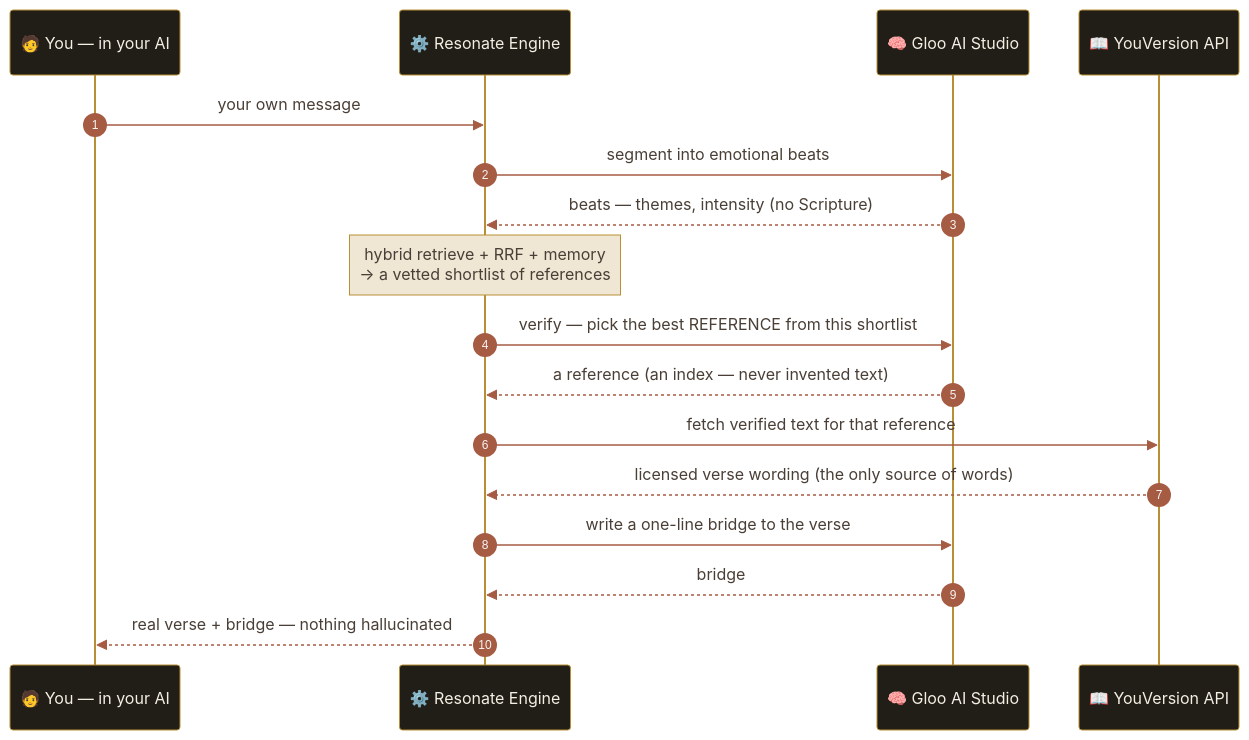
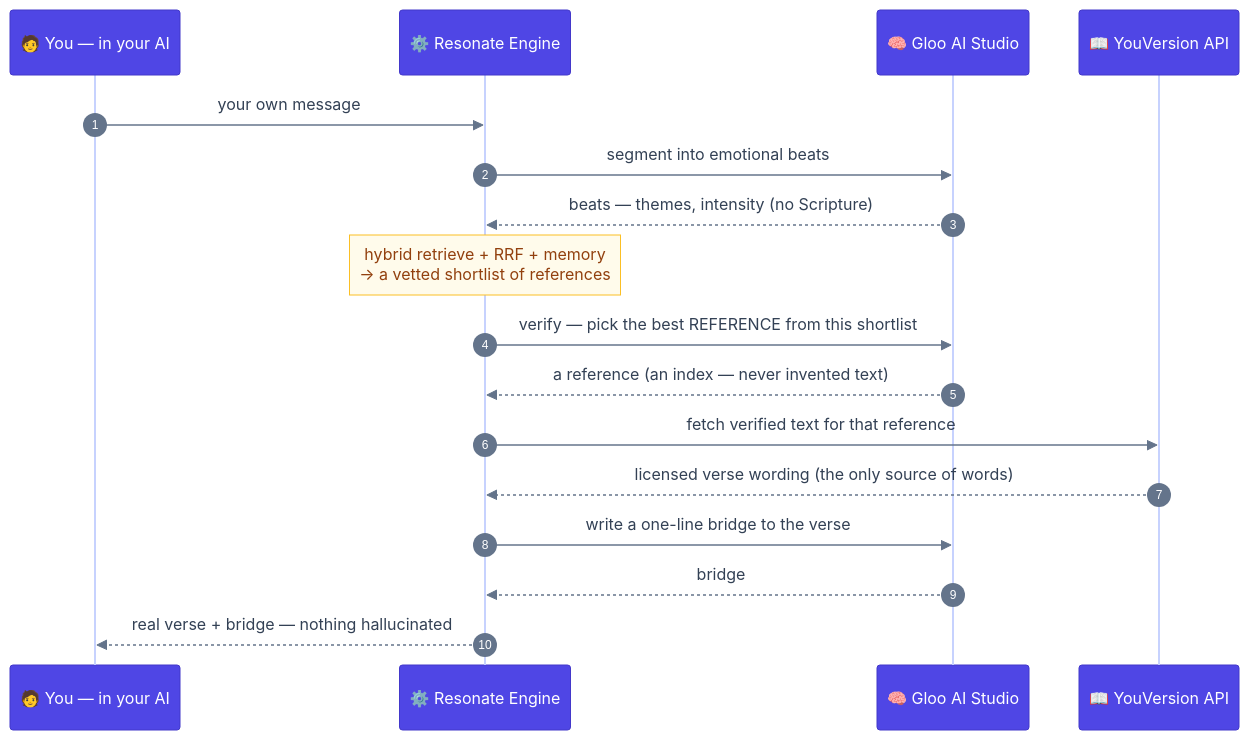
One commit to krizz711/resonate changed the second of 3 diagrams in README.md. Above: the diagram before and after it, drawn with Mermaid. The commit also changed other lines of this file, not shown here.

First line of the commit message:
README: cleaner, modern diagram palette (semantic, not warm)

````diff
--- a/README.md
+++ b/README.md
@@ -142,21 +139,21 @@
 ```mermaid
-%%{init: {'theme':'base','themeVariables':{'fontFamily':'Georgia, serif','actorBkg':'#211d17','actorBorder':'#b98f35','actorTextColor':'#f4efe3','signalColor':'#a65b43','signalTextColor':'#4a3f36','noteBkgColor':'#efe6d4','noteBorderColor':'#b98f35','noteTextColor':'#4a3f36','activationBkgColor':'#e3d7c4','activationBorderColor':'#a65b43'}}}%%
+%%{init: {'theme':'base','themeVariables':{'fontFamily':'ui-sans-serif, system-ui, -apple-system, Segoe UI, sans-serif','fontSize':'14px','actorBkg':'#4f46e5','actorBorder':'#4338ca','actorTextColor':'#ffffff','actorLineColor':'#c7d2fe','signalColor':'#64748b','signalTextColor':'#334155','noteBkgColor':'#fffbeb','noteBorderColor':'#fbbf24','noteTextColor':'#92400e','activationBkgColor':'#e0e7ff','activationBorderColor':'#6366f1','sequenceNumberColor':'#ffffff'}}}%%
 sequenceDiagram
     autonumber
     participant U as 🧑 You — in your AI
     participant E as ⚙️ Resonate Engine
     participant G as 🧠 Gloo AI Studio
     participant Y as 📖 YouVersion API
 
     U->>E: your own message
     E->>G: segment into emotional beats
     G-->>E: beats — themes, intensity (no Scripture)
     Note over E: hybrid retrieve + RRF + memory<br/>→ a vetted shortlist of references
     E->>G: verify — pick the best REFERENCE from this shortlist
     G-->>E: a reference (an index — never invented text)
     E->>Y: fetch verified text for that reference
     Y-->>E: licensed verse wording (the only source of words)
     E->>G: write a one-line bridge to the verse
     G-->>E: bridge
     E-->>U: real verse + bridge — nothing hallucinated
 ```
````
